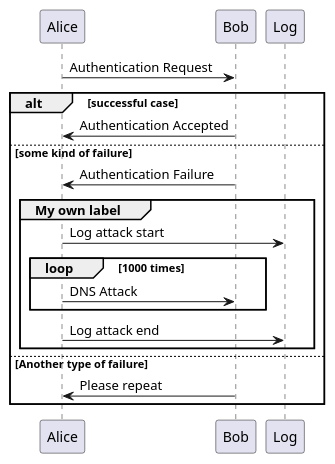
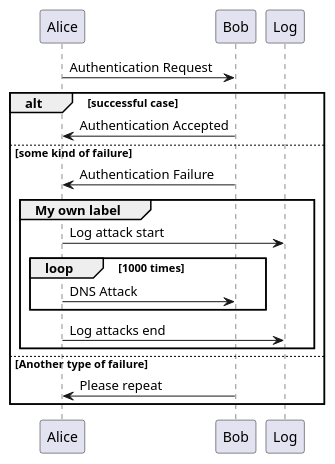
The diagram in docs/plantuml-test.md (mikaelhg/vpn-ipv6), drawn with PlantUML before and after one commit.

````diff
--- a/docs/plantuml-test.md
+++ b/docs/plantuml-test.md
@@ -3,26 +3,26 @@
 ```plantuml format="png"
 
 Alice -> Bob: Authentication Request
 
 alt successful case
 
     Bob -> Alice: Authentication Accepted
 
 else some kind of failure
 
     Bob -> Alice: Authentication Failure
     group My own label
     Alice -> Log : Log attack start
         loop 1000 times
             Alice -> Bob: DNS Attack
         end
-    Alice -> Log : Log attack end
+    Alice -> Log : Log attacks end
     end
 
 else Another type of failure
 
    Bob -> Alice: Please repeat
 
 end
 
 ```
````
